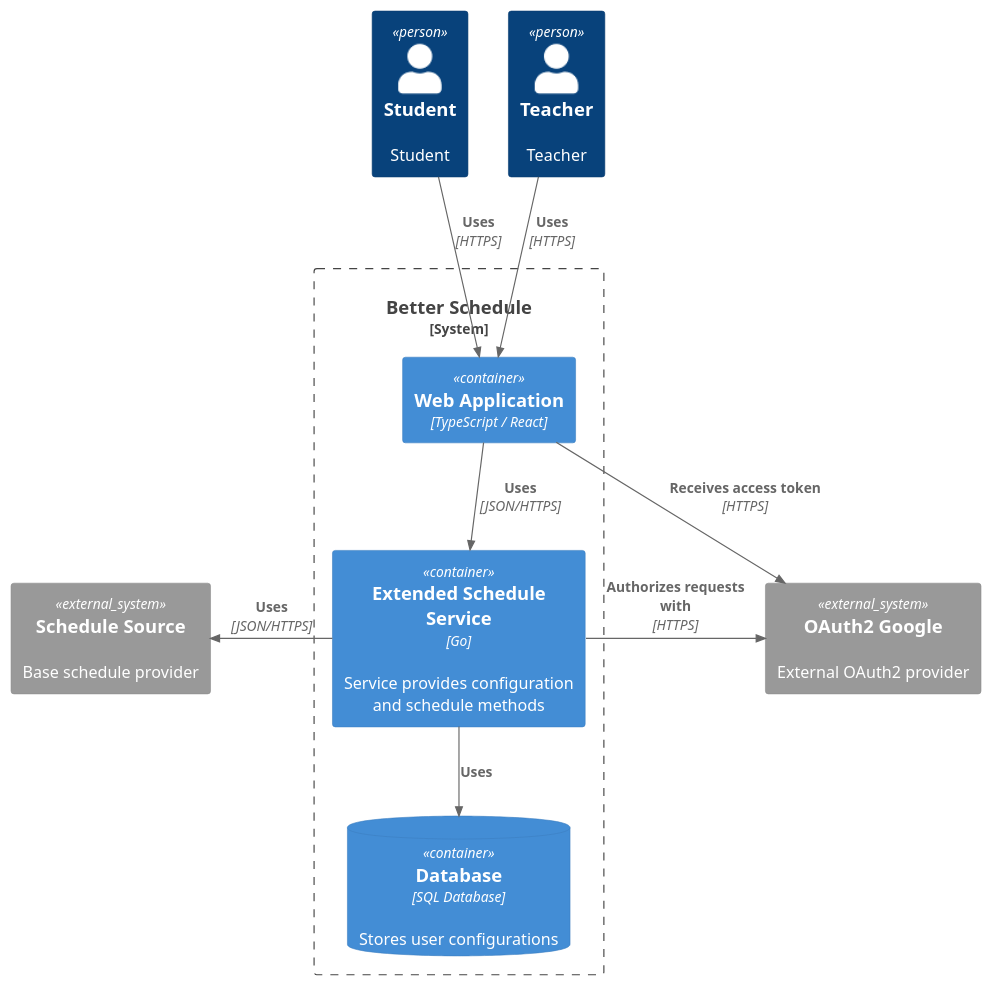
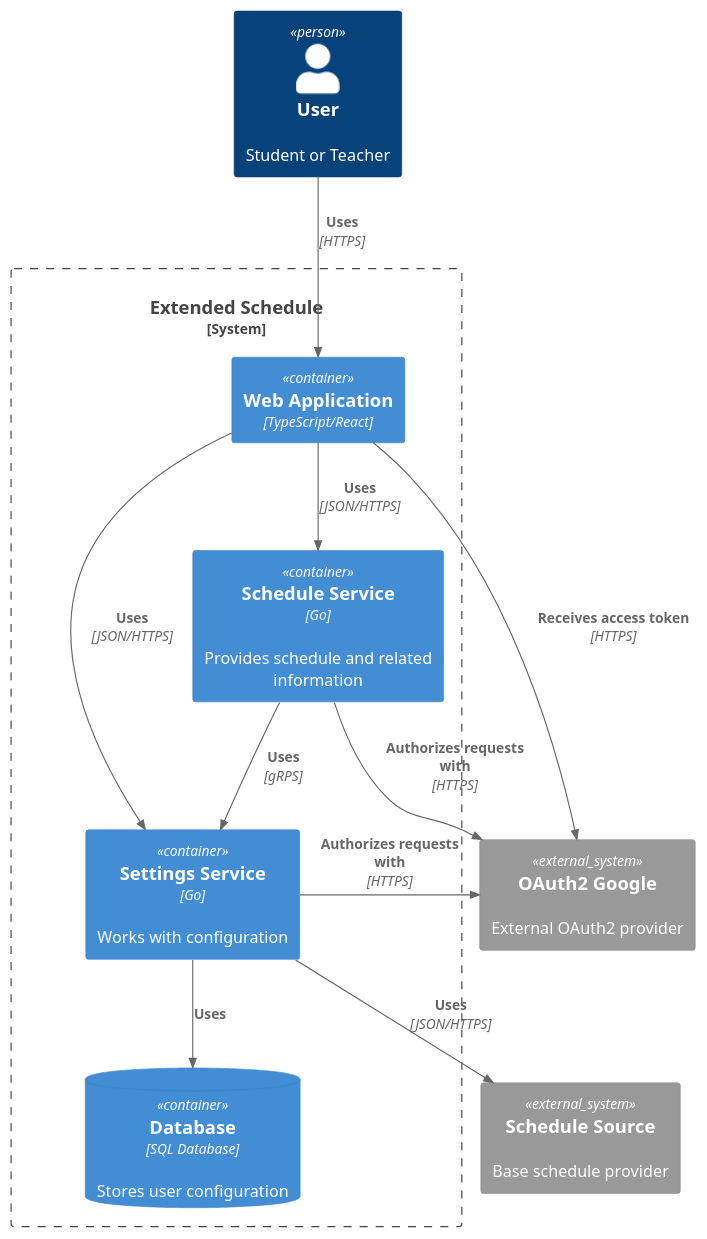
One commit to tellmeac/ExtendedSchedule changed the diagram in docs/containers.puml. Above: the diagram before and after it, drawn with PlantUML.

Commit message:
refactor: splitted services

```diff
--- a/docs/containers.puml
+++ b/docs/containers.puml
@@ -1,30 +1,34 @@
 @startuml Containers
 
 !includeurl https://raw.githubusercontent.com/RicardoNiepel/C4-PlantUML/master/C4_Component.puml
 
-Person(user, Student, "Student")
-Person(teacher, Teacher, "Teacher")
+Person(user, User, "Student or Teacher")
 
-System_Boundary(api, "Better Schedule") {
-    Container(spa, "Web Application", "TypeScript / React")
+System_Boundary(api, "Extended Schedule") {
+    Container(spa, "Web Application", "TypeScript/React")
 
-    Container(ExtendedSchedule, "Extended Schedule Service", "Go", "Service provides configuration and schedule methods")
+    Container(UserConfig, "Settings Service", "Go", "Works with configuration")
+    Container(ScheduleService, "Schedule Service", "Go", "Provides schedule and related information")
 
-    ContainerDb(db, "Database", "SQL Database", "Stores user configurations")
+    ContainerDb(db, "Database", "SQL Database", "Stores user configuration")
 
-    Rel(spa, ExtendedSchedule, "Uses", "JSON/HTTPS")
-    Rel_D(ExtendedSchedule, db, "Uses")
+    Rel(ScheduleService, UserConfig, "Uses", "gRPS")
+
+    Rel(spa, UserConfig, "Uses", "JSON/HTTPS")
+    Rel(spa, ScheduleService, "Uses", "JSON/HTTPS")
+
+    Rel(UserConfig, db, "Uses")
 }
 
 System_Ext(oauth, "OAuth2 Google", "External OAuth2 provider")
 System_Ext(scheduleProvider, "Schedule Source", "Base schedule provider")
 
-Rel_D(user, spa, "Uses", "HTTPS")
-Rel_D(teacher, spa, "Uses", "HTTPS")
+Rel(user, spa, "Uses", "HTTPS")
 
-Rel_R(ExtendedSchedule, oauth, "Authorizes requests with", "HTTPS")
+Rel_R(UserConfig, oauth, "Authorizes requests with", "HTTPS")
+Rel_R(ScheduleService, oauth, "Authorizes requests with", "HTTPS")
 Rel_R(spa, oauth, "Receives access token", "HTTPS")
 
-Rel_L(ExtendedSchedule, scheduleProvider, "Uses", "JSON/HTTPS")
+Rel(UserConfig, scheduleProvider, "Uses", "JSON/HTTPS")
 
 @enduml
```
